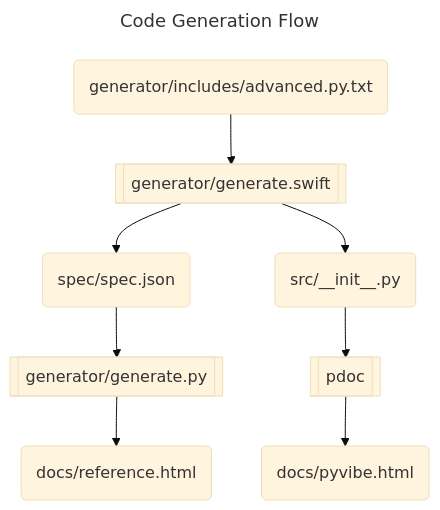
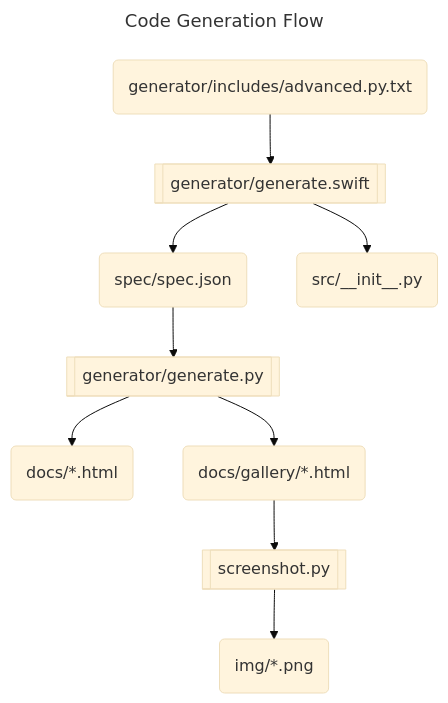
The diagram in CONTRIBUTING.md (pycob/pyvibe), drawn with Mermaid (base theme) before and after one commit. The commit also changed other lines of this file, not shown here.

Commit message:
update architecture diagram

````diff
--- a/CONTRIBUTING.md
+++ b/CONTRIBUTING.md
@@ -6,13 +6,14 @@
 ```mermaid
 ---
 title: Code Generation Flow
 ---
 flowchart TD
     advanced(generator/includes/advanced.py.txt) --> generate.swift[[generator/generate.swift]]
     generate.swift --> spec(spec/spec.json)
     generate.swift --> init(src/__init__.py)
     spec --> generate.py[[generator/generate.py]]
-    generate.py --> reference(docs/reference.html)
-    init --> pdoc[[pdoc]]
-    pdoc --> pyvibe.html(docs/pyvibe.html)
+    generate.py --> docs_html(docs/*.html)
+    generate.py --> gallery_html(docs/gallery/*.html)
+    gallery_html --> screenshot.py[[screenshot.py]]
+    screenshot.py --> img(img/*.png)
 ```
````
